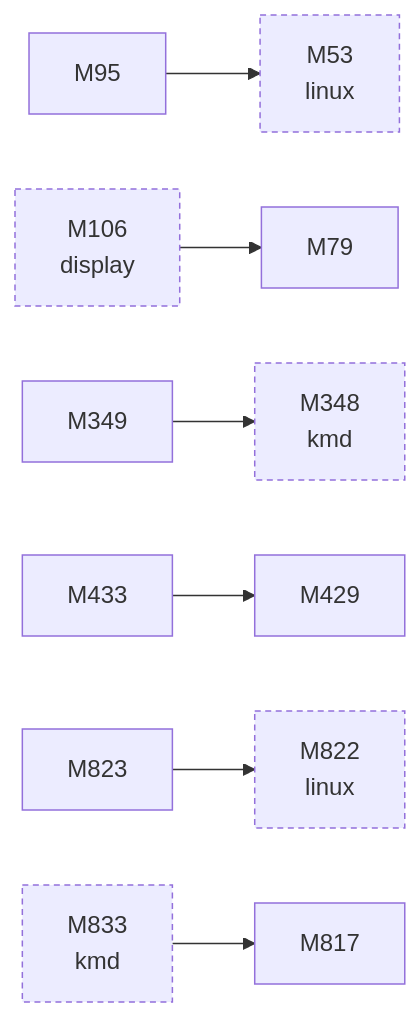
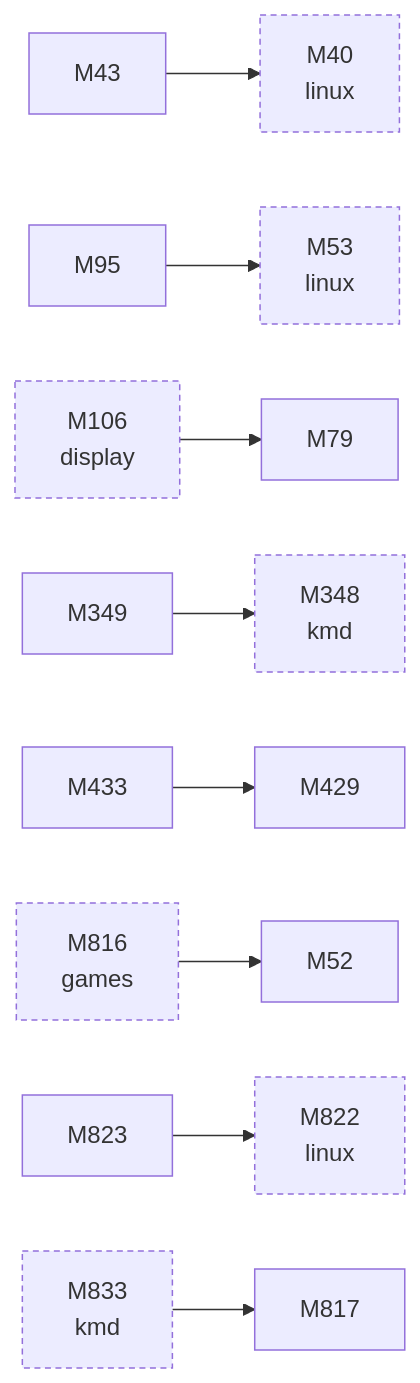
Before and after one commit to D-Ogi/amdgpu-wddm: the third of 3 diagrams in docs/facts/graphs/hardware.md, drawn with Mermaid. The commit also changed other lines of this file and 25 other files, not shown here.

````diff
--- a/docs/facts/graphs/hardware.md
+++ b/docs/facts/graphs/hardware.md
@@ -188,23 +189,29 @@
 ```mermaid
 flowchart LR
+  M40["M40<br/>linux"]
+  M43["M43"]
+  M52["M52"]
   M53["M53<br/>linux"]
   M79["M79"]
   M95["M95"]
   M106["M106<br/>display"]
   M348["M348<br/>kmd"]
   M349["M349"]
   M429["M429"]
   M433["M433"]
+  M816["M816<br/>games"]
   M817["M817"]
   M822["M822<br/>linux"]
   M823["M823"]
   M833["M833<br/>kmd"]
+  M43 --> M40
   M95 --> M53
   M349 --> M348
   M433 --> M429
   M823 --> M822
   M833 --> M817
   M106 --> M79
+  M816 --> M52
   classDef other stroke-dasharray:4 3
-  class M53,M106,M348,M822,M833 other
+  class M40,M53,M106,M348,M816,M822,M833 other
 ```
````
